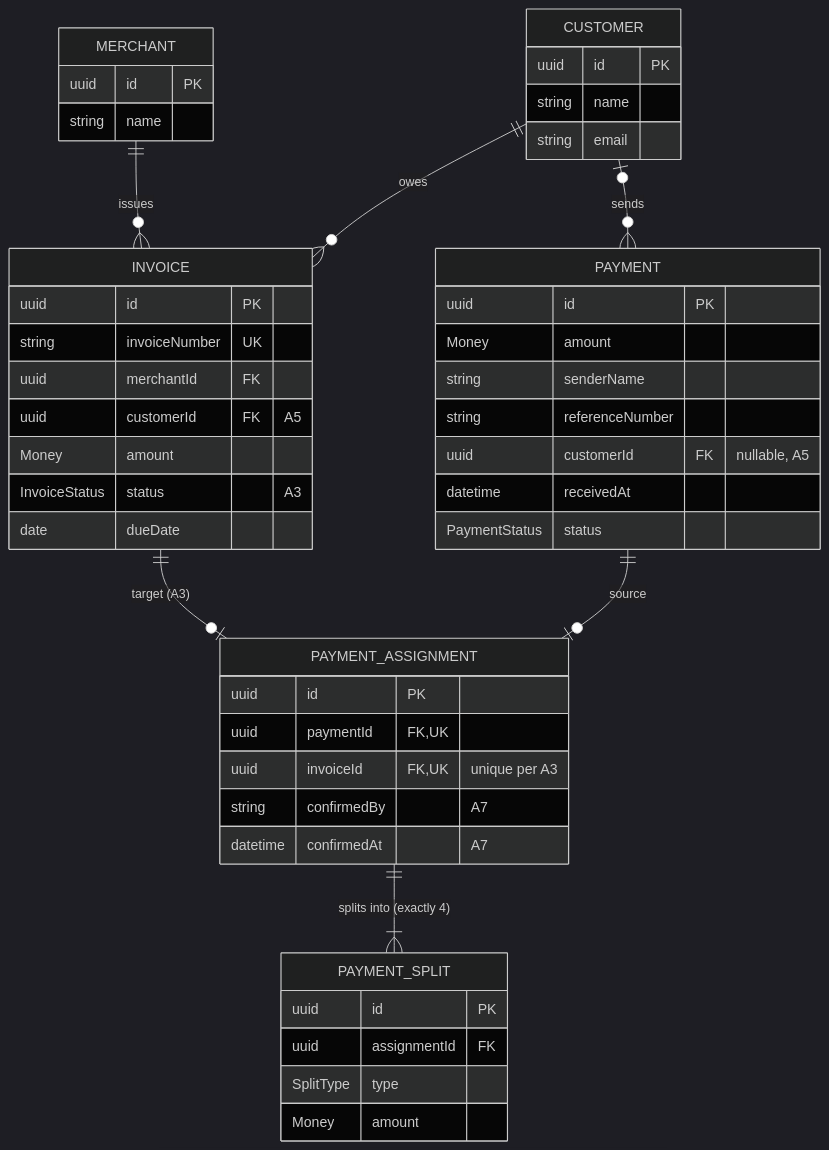
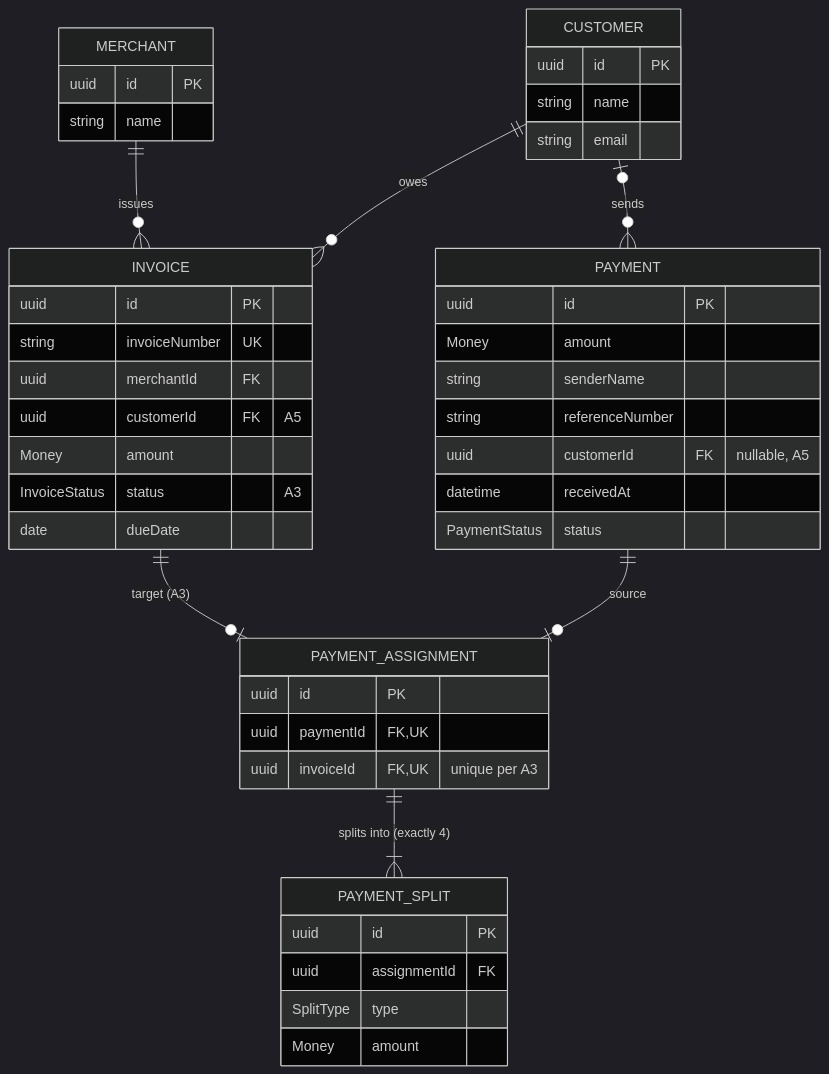
The diagram in docs/data-model.md (adrian-hanusch/coding_challenge), drawn with Mermaid (dark theme) before and after one commit. The commit also changed other lines of this file and 7 other files, not shown here.

````diff
--- a/docs/data-model.md
+++ b/docs/data-model.md
@@ -7,50 +7,48 @@
 ```mermaid
 erDiagram
     MERCHANT ||--o{ INVOICE : issues
     CUSTOMER ||--o{ INVOICE : owes
     CUSTOMER |o--o{ PAYMENT : sends
     INVOICE ||--o| PAYMENT_ASSIGNMENT : "target (A3)"
     PAYMENT ||--o| PAYMENT_ASSIGNMENT : source
     PAYMENT_ASSIGNMENT ||--|{ PAYMENT_SPLIT : "splits into (exactly 4)"
 
     MERCHANT {
         uuid id PK
         string name
     }
     CUSTOMER {
         uuid id PK
         string name
         string email
     }
     INVOICE {
         uuid id PK
         string invoiceNumber UK
         uuid merchantId FK
         uuid customerId FK "A5"
         Money amount
         InvoiceStatus status "A3"
         date dueDate
     }
     PAYMENT {
         uuid id PK
         Money amount
         string senderName
         string referenceNumber
         uuid customerId FK "nullable, A5"
         datetime receivedAt
         PaymentStatus status
     }
     PAYMENT_ASSIGNMENT {
         uuid id PK
         uuid paymentId FK, UK
         uuid invoiceId FK, UK "unique per A3"
-        string confirmedBy "A7"
-        datetime confirmedAt "A7"
     }
     PAYMENT_SPLIT {
         uuid id PK
         uuid assignmentId FK
         SplitType type
         Money amount
     }
 ```
````
